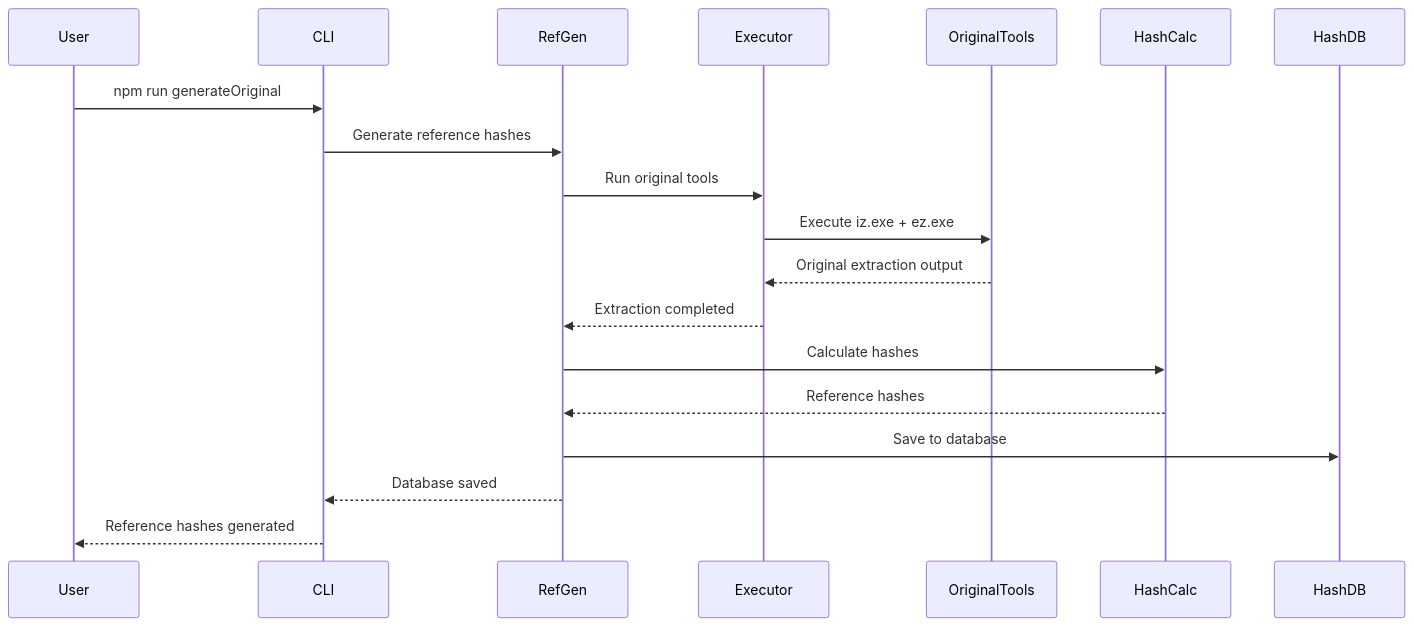
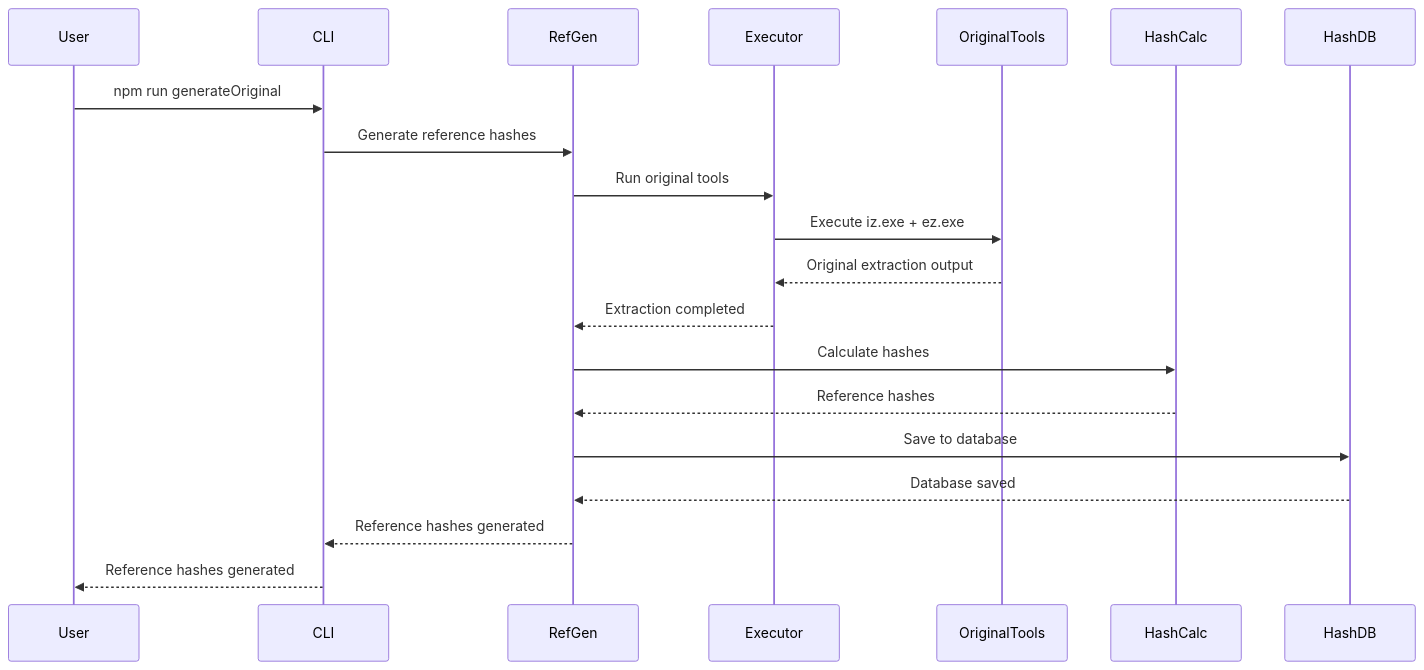
The third of 3 diagrams in testing/architecture.md (joao-paulo-santos/GE-Library), drawn with Mermaid before and after one commit. The commit also changed other lines of this file and 14 other files, not shown here.

````diff
--- a/testing/architecture.md
+++ b/testing/architecture.md
@@ -380,22 +361,23 @@
 ```mermaid
 sequenceDiagram
     participant User
     participant CLI
     participant RefGen
     participant Executor
     participant OriginalTools
     participant HashCalc
     participant HashDB
-
+    
     User->>CLI: npm run generateOriginal
     CLI->>RefGen: Generate reference hashes
     RefGen->>Executor: Run original tools
     Executor->>OriginalTools: Execute iz.exe + ez.exe
     OriginalTools-->>Executor: Original extraction output
     Executor-->>RefGen: Extraction completed
     RefGen->>HashCalc: Calculate hashes
     HashCalc-->>RefGen: Reference hashes
     RefGen->>HashDB: Save to database
-    RefGen-->>CLI: Database saved
+    HashDB-->>RefGen: Database saved
+    RefGen-->>CLI: Reference hashes generated
     CLI-->>User: Reference hashes generated
 ```
````
